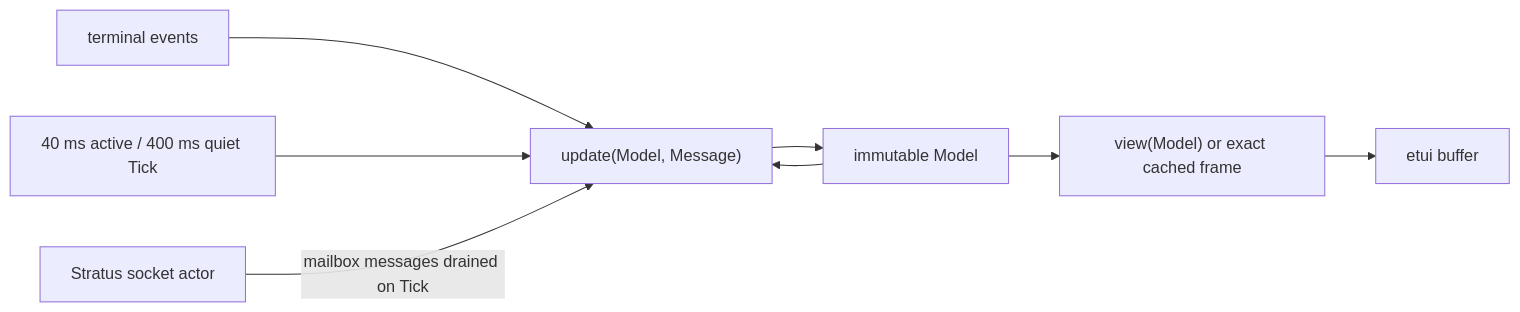
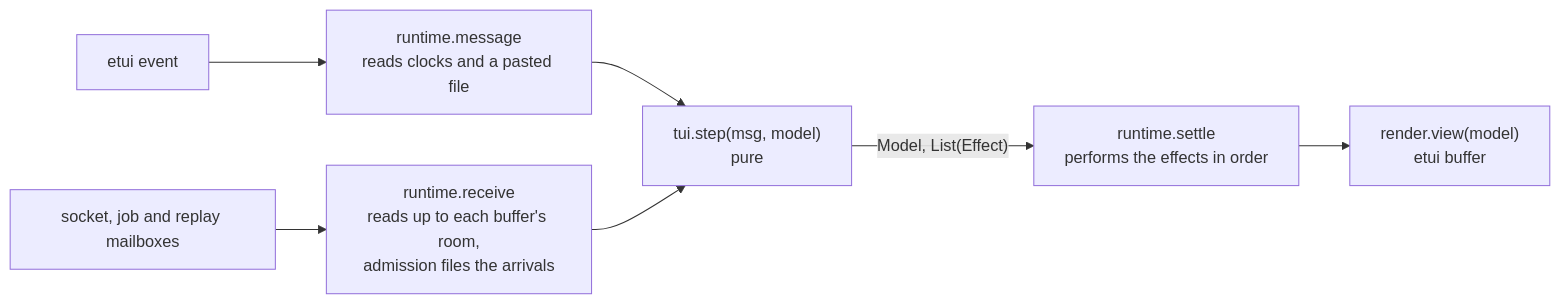
One commit to Roasbeef/loom changed the first of 3 diagrams in packages/tui/README.md. Above: the diagram before and after it, drawn with Mermaid. The commit also changed other lines of this file, not shown here.

First line of the commit message:
tui: rewrite the README around the pure step

````diff
--- a/packages/tui/README.md
+++ b/packages/tui/README.md
@@ -36,17 +51,9 @@
 ```mermaid
 flowchart LR
-    Keys["terminal events"]
-    Tick["40 ms active / 400 ms quiet Tick"]
-    Sock["Stratus socket actor"]
-    Update["update(Model, Message)"]
-    Model["immutable Model"]
-    View["view(Model) or exact cached frame"]
-    Screen["etui buffer"]
-
-    Keys --> Update
-    Tick --> Update
-    Sock -->|"mailbox messages drained on Tick"| Update
-    Model --> Update
-    Update --> Model
-    Model --> View --> Screen
+    Event["etui event"] --> Message["runtime.message<br/>reads clocks and a pasted file"]
+    Mail["socket, job and replay mailboxes"] --> Receive["runtime.receive<br/>reads up to each buffer's room,<br/>admission files the arrivals"]
+    Message --> Step["tui.step(msg, model)<br/>pure"]
+    Receive --> Step
+    Step -->|"Model, List(Effect)"| Settle["runtime.settle<br/>performs the effects in order"]
+    Settle --> View["render.view(model)<br/>etui buffer"]
 ```
````
